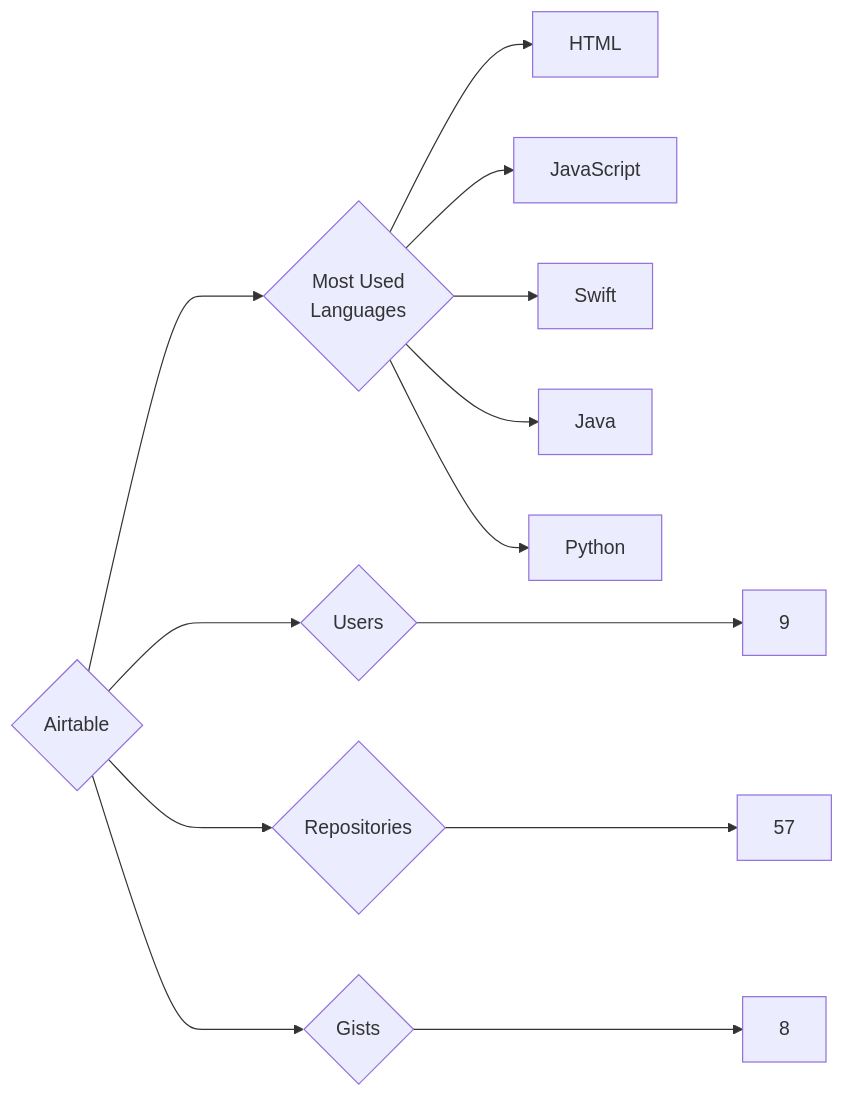
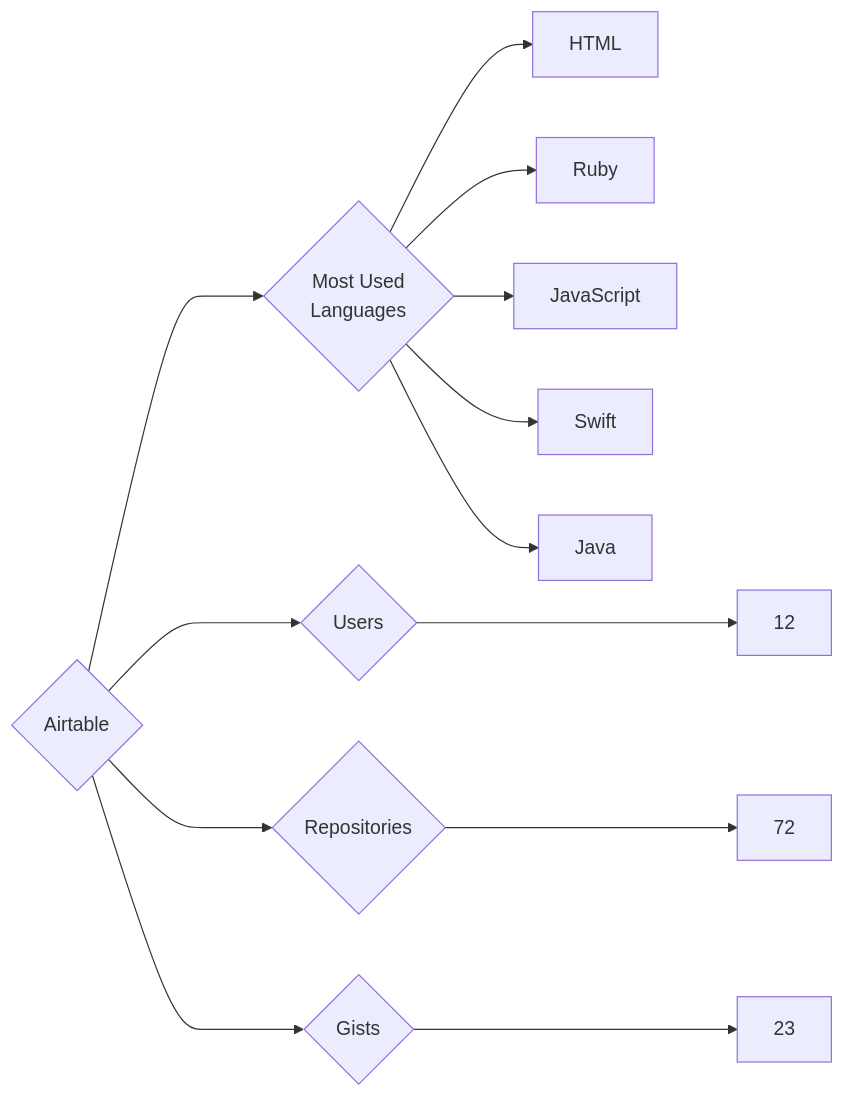
Before and after one commit to trickest/insiders: the diagram in targets/Airtable/README.md, drawn with Mermaid. The commit also changed 1141 other files, not shown here.

````diff
--- a/targets/Airtable/README.md
+++ b/targets/Airtable/README.md
@@ -3,13 +3,13 @@
 ```mermaid
 graph LR
 COMPANY_NAME{Airtable}
-COMPANY_NAME ---> U{Users} ---> UN[9]
-COMPANY_NAME ---> R{Repositories} ---> RN[57]
-COMPANY_NAME ---> G{Gists} ---> GN[8]
+COMPANY_NAME ---> U{Users} ---> UN[12]
+COMPANY_NAME ---> R{Repositories} ---> RN[72]
+COMPANY_NAME ---> G{Gists} ---> GN[23]
 COMPANY_NAME ---> ML{Most Used<br>Languages}
 ML --> HTML[HTML]
+ML --> Ruby[Ruby]
 ML --> JavaScript[JavaScript]
 ML --> Swift[Swift]
 ML --> Java[Java]
-ML --> Python[Python]
 ```
````
